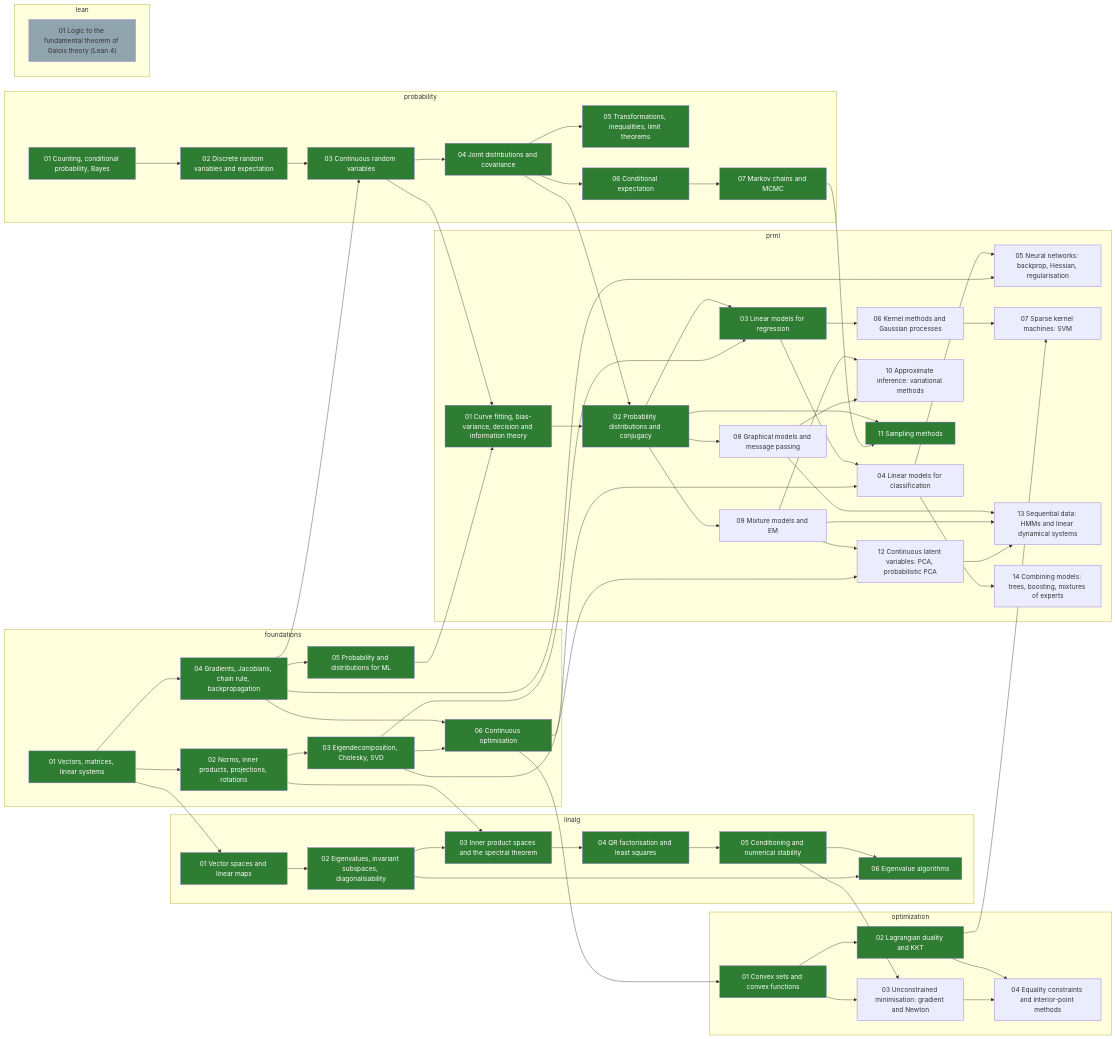
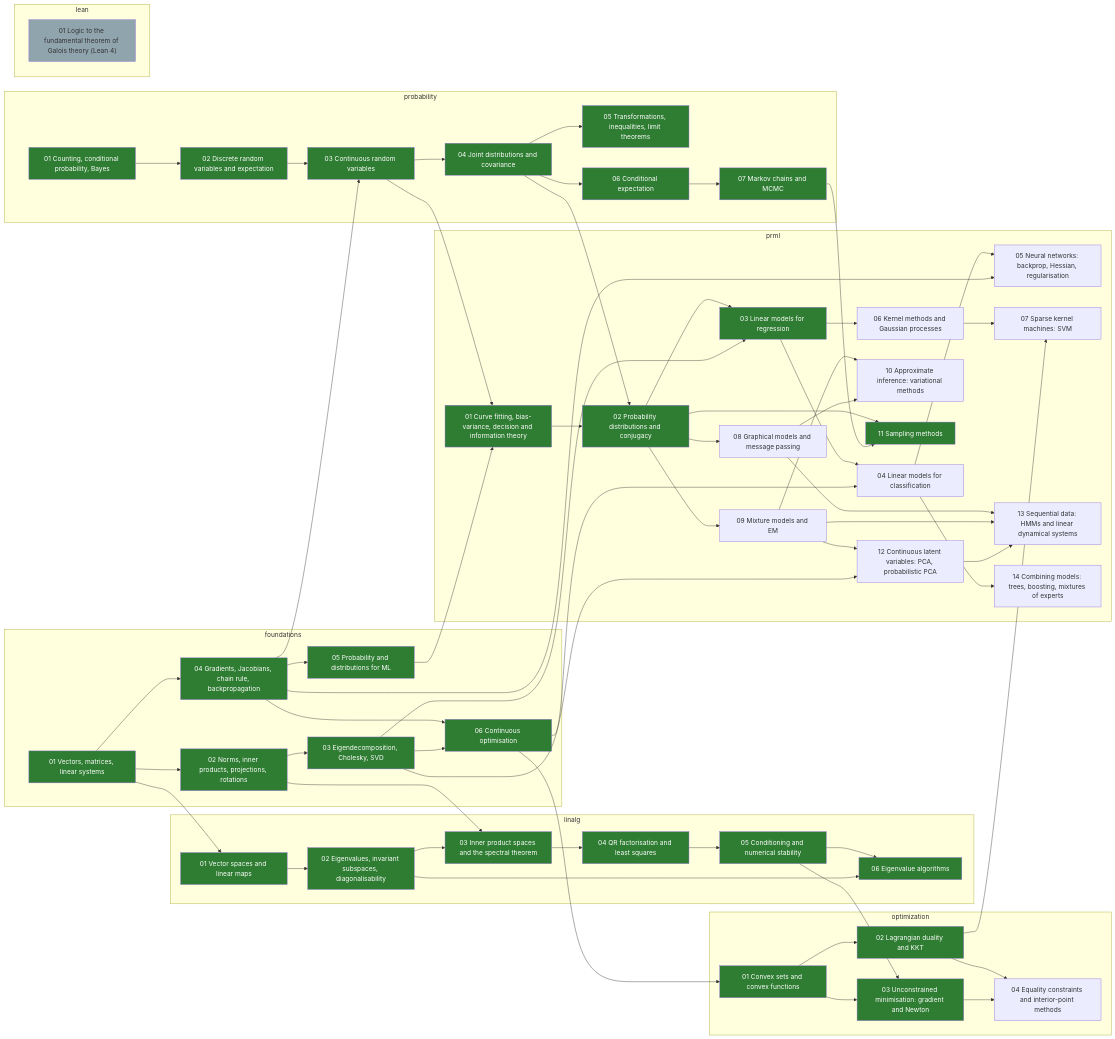
The diagram in skill-tree/README.md (alektebel/learn-stuff-from-scratch), drawn with Mermaid before and after one commit. The commit also changed other lines of this file and 8 other files, not shown here.

First line of the commit message:
math: build optimization-03-unconstrained

```diff
--- a/skill-tree/README.md
+++ b/skill-tree/README.md
@@ -97,7 +97,7 @@
   subgraph optimization
     optimization-01-convexity["01 Convex sets and convex functions"]:::done
     optimization-02-duality["02 Lagrangian duality and KKT"]:::done
-    optimization-03-unconstrained["03 Unconstrained minimisation: gradient and Newton"]
+    optimization-03-unconstrained["03 Unconstrained minimisation: gradient and Newton"]:::done
     optimization-04-interior-point["04 Equality constraints and interior-point methods"]
   end
   subgraph prml
```
